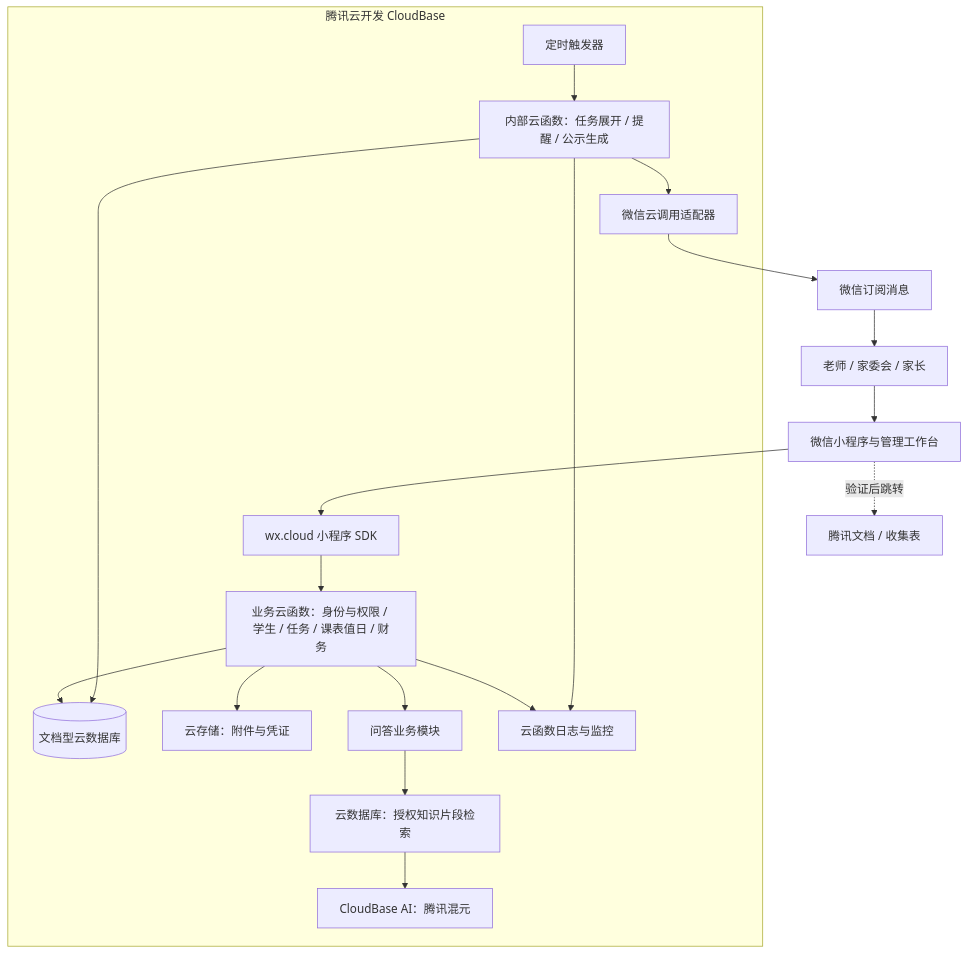
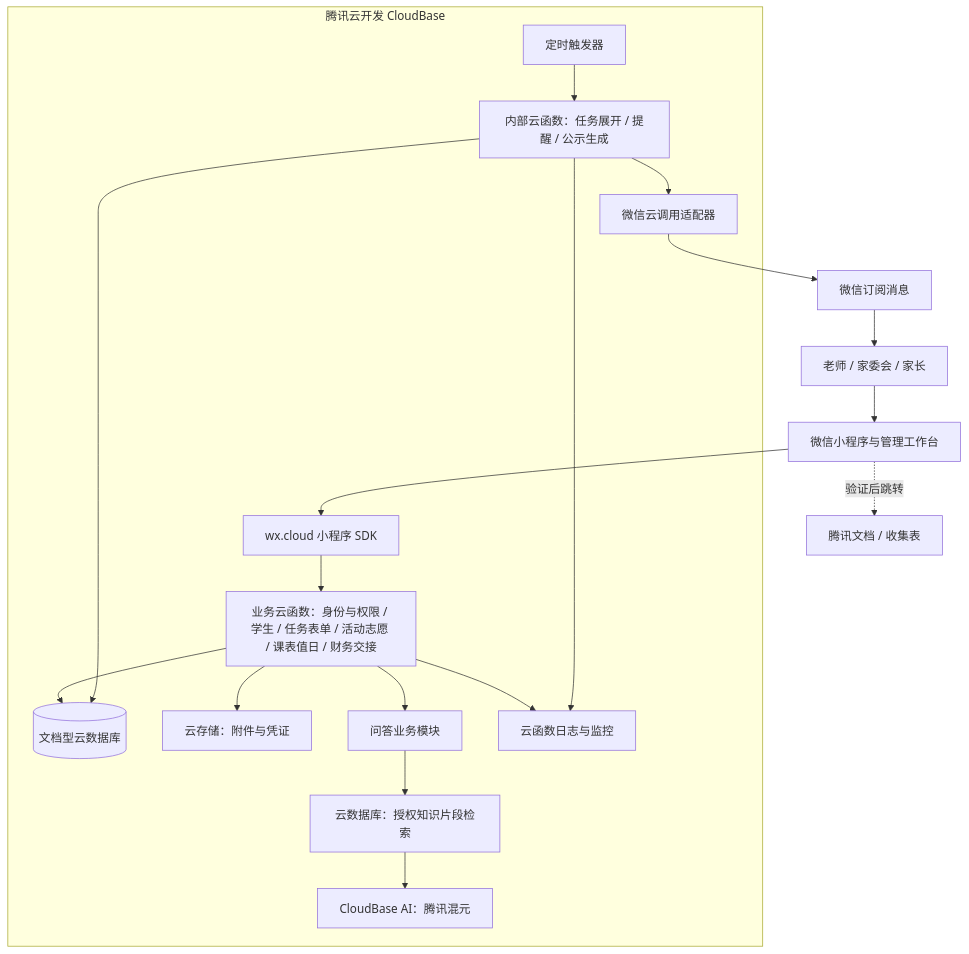
One commit to xingzichen/class-relay changed the first of 2 diagrams in docs/technical-architecture.md. Above: the diagram before and after it, drawn with Mermaid. The commit also changed other lines of this file and 15 other files, not shown here.

````diff
--- a/docs/technical-architecture.md
+++ b/docs/technical-architecture.md
@@ -9,21 +9,21 @@
 ```mermaid
 flowchart TD
     U[老师 / 家委会 / 家长] --> MP[微信小程序与管理工作台]
     MP --> SDK[wx.cloud 小程序 SDK]
     subgraph CB[腾讯云开发 CloudBase]
-        SDK --> API[业务云函数：身份与权限 / 学生 / 任务 / 课表值日 / 财务]
+        SDK --> API[业务云函数：身份与权限 / 学生 / 任务表单 / 活动志愿 / 课表值日 / 财务交接]
         API --> DB[(文档型云数据库)]
         API --> FILE[云存储：附件与凭证]
         TIMER[定时触发器] --> JOB[内部云函数：任务展开 / 提醒 / 公示生成]
         JOB --> DB
         API --> QA[问答业务模块]
         QA --> SEARCH[云数据库：授权知识片段检索]
         SEARCH --> AI[CloudBase AI：腾讯混元]
         API --> LOG[云函数日志与监控]
         JOB --> LOG
         JOB --> OPEN[微信云调用适配器]
     end
     OPEN --> WX[微信订阅消息]
     WX --> U
     MP -.验证后跳转.-> DOC[腾讯文档 / 收集表]
 ```
````
